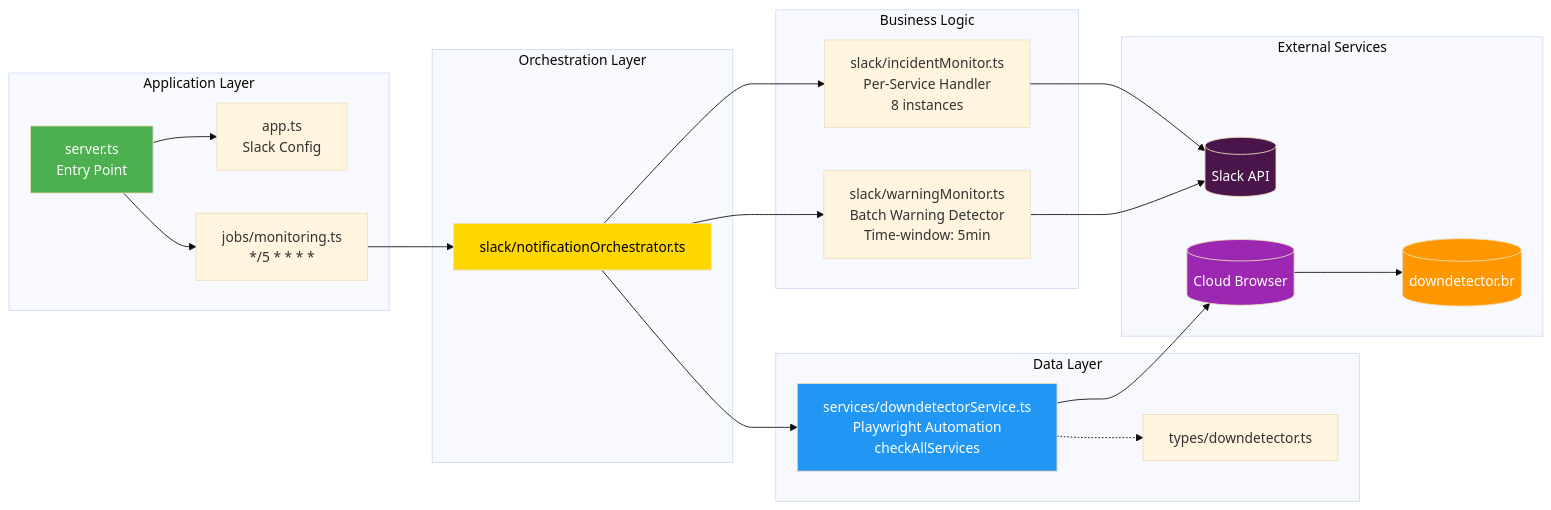
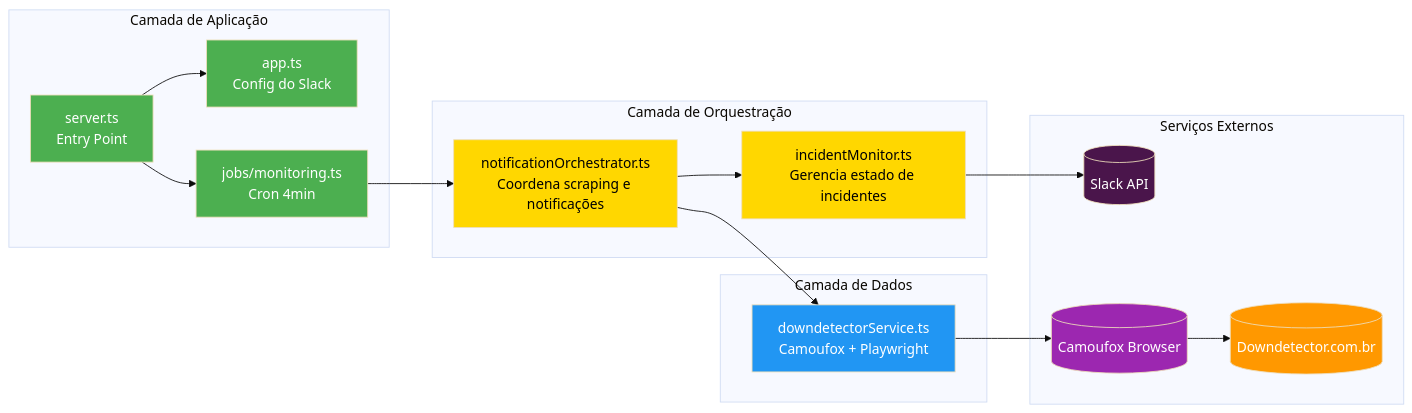
One commit to eduardotashiro/downdetector-slack changed the second of 4 diagrams in README.md. Above: the diagram before and after it, drawn with Mermaid (base theme). The commit also changed other lines of this file, not shown here.

````diff
--- a/README.md
+++ b/README.md
@@ -121,52 +272,45 @@
 ```mermaid
 graph LR
-    subgraph "Application Layer"
-        Server[server.ts<br/> Entry Point]
-        App[app.ts<br/> Slack Config]
-        Job[jobs/monitoring.ts<br/> */5 * * * *]
+    subgraph "Camada de Aplicação"
+        Server[server.ts<br/>Entry Point]
+        App[app.ts<br/>Config do Slack]
+        Job[jobs/monitoring.ts<br/>Cron 4min]
     end
-    
-    subgraph "Orchestration Layer"
-        Orchestrator[slack/notificationOrchestrator.ts]
+
+    subgraph "Camada de Orquestração"
+        Orchestrator[notificationOrchestrator.ts<br/>Coordena scraping e notificações]
+        Incident[incidentMonitor.ts<br/>Gerencia estado de incidentes]
     end
-    
-    subgraph "Business Logic"
-        Incident[slack/incidentMonitor.ts<br/>Per-Service Handler<br/>8 instances]
-        Warning[slack/warningMonitor.ts<br/>Batch Warning Detector<br/>Time-window: 5min]
+
+    subgraph "Camada de Dados"
+        Scraper[downdetectorService.ts<br/>Camoufox + Playwright]
     end
-    
-    subgraph "Data Layer"
-        Scraper[services/downdetectorService.ts<br/>Playwright Automation<br/>checkAllServices]
-        Types[types/downdetector.ts]
+
+    subgraph "Serviços Externos"
+        Downdetector[(Downdetector.com.br)]
+        SlackAPI[(Slack API)]
+        Camoufox[(Camoufox Browser)]
     end
-    
-    subgraph "External Services"
-        Downdetector[(downdetector.br)]
-        Slack[( Slack API)]
-        BrowserCash[(Cloud Browser)]
-    end
-    
+
     Server --> Job
     Server --> App
     Job --> Orchestrator
-    
+
     Orchestrator --> Scraper
     Orchestrator --> Incident
-    Orchestrator --> Warning
-    
-    Scraper --> BrowserCash
-    BrowserCash --> Downdetector
-    
-    Incident --> Slack
-    Warning --> Slack
-    
-    Scraper -.-> Types
-   
-    
+
+    Scraper --> Camoufox
+    Camoufox --> Downdetector
+
+    Incident --> SlackAPI
+
     style Server fill:#4CAF50,color:#fff
+    style App fill:#4CAF50,color:#fff
+    style Job fill:#4CAF50,color:#fff
     style Orchestrator fill:#FFD700,color:#000
+    style Incident fill:#FFD700,color:#000
     style Scraper fill:#2196F3,color:#fff
     style Downdetector fill:#FF9800,color:#fff
-    style Slack fill:#4A154B,color:#fff
-    style BrowserCash fill:#9C27B0,color:#fff
+    style SlackAPI fill:#4A154B,color:#fff
+    style Camoufox fill:#9C27B0,color:#fff
 ```
````
